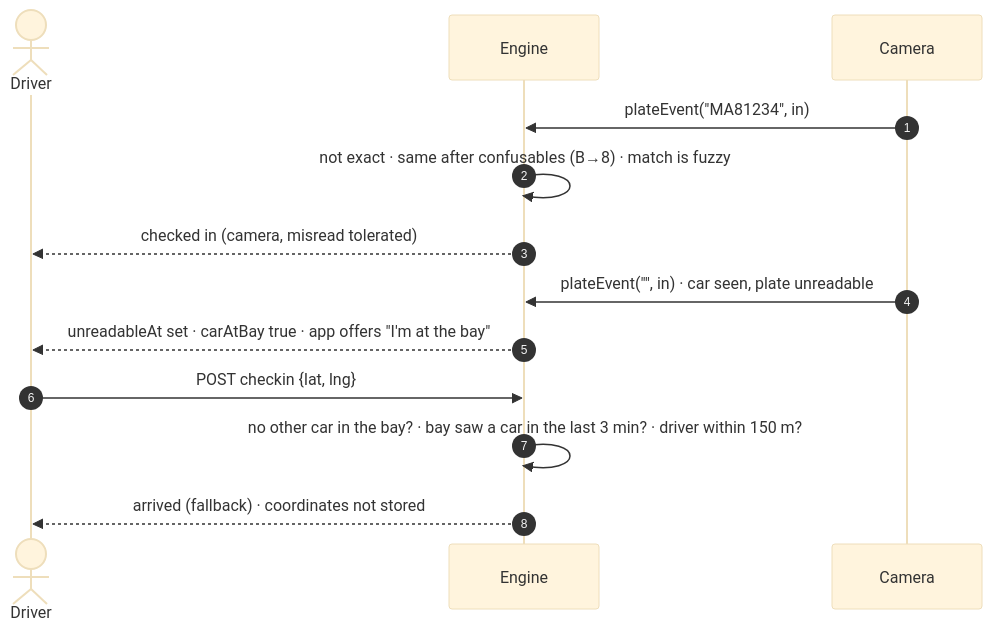
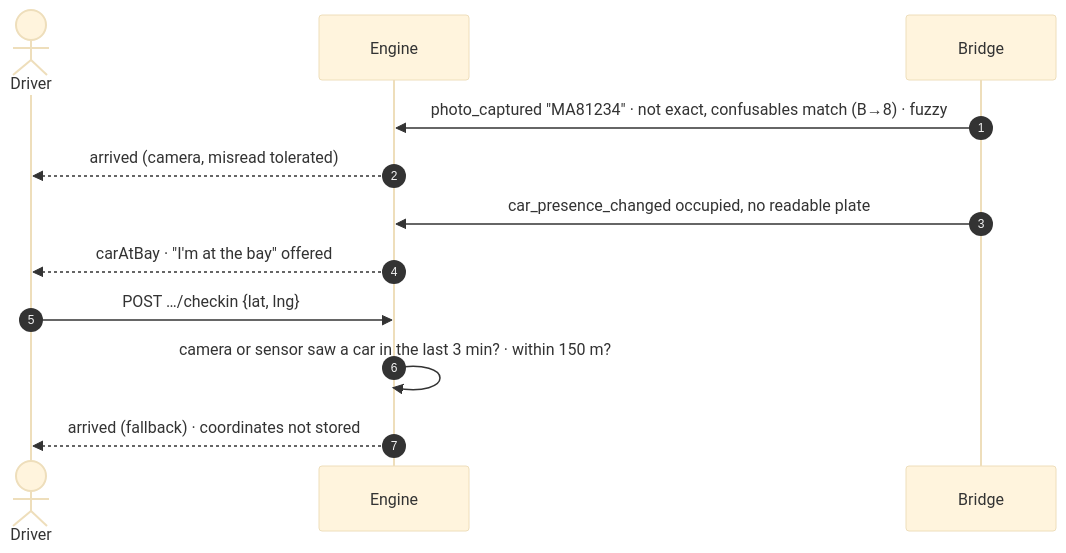
The second of 6 diagrams in docs/data-flows.md (mohamedaminehamdi/BayWatch), drawn with Mermaid (base theme) before and after one commit. The commit also changed other lines of this file and 62 other files, not shown here.

````diff
--- a/docs/data-flows.md
+++ b/docs/data-flows.md
@@ -54,15 +44,14 @@
 ```mermaid
 sequenceDiagram
   autonumber
   actor D as Driver
   participant E as Engine
-  participant CAM as Camera
-  CAM->>E: plateEvent("MA81234", in)
-  E->>E: not exact · same after confusables (B→8) · match is fuzzy
-  E-->>D: checked in (camera, misread tolerated)
-  CAM->>E: plateEvent("", in) · car seen, plate unreadable
-  E-->>D: unreadableAt set · carAtBay true · app offers "I'm at the bay"
-  D->>E: POST checkin {lat, lng}
-  E->>E: no other car in the bay? · bay saw a car in the last 3 min? · driver within 150 m?
+  participant BR as Bridge
+  BR->>E: photo_captured "MA81234" · not exact, confusables match (B→8) · fuzzy
+  E-->>D: arrived (camera, misread tolerated)
+  BR->>E: car_presence_changed occupied, no readable plate
+  E-->>D: carAtBay · "I'm at the bay" offered
+  D->>E: POST …/checkin {lat, lng}
+  E->>E: camera or sensor saw a car in the last 3 min? · within 150 m?
   E-->>D: arrived (fallback) · coordinates not stored
 ```
````
